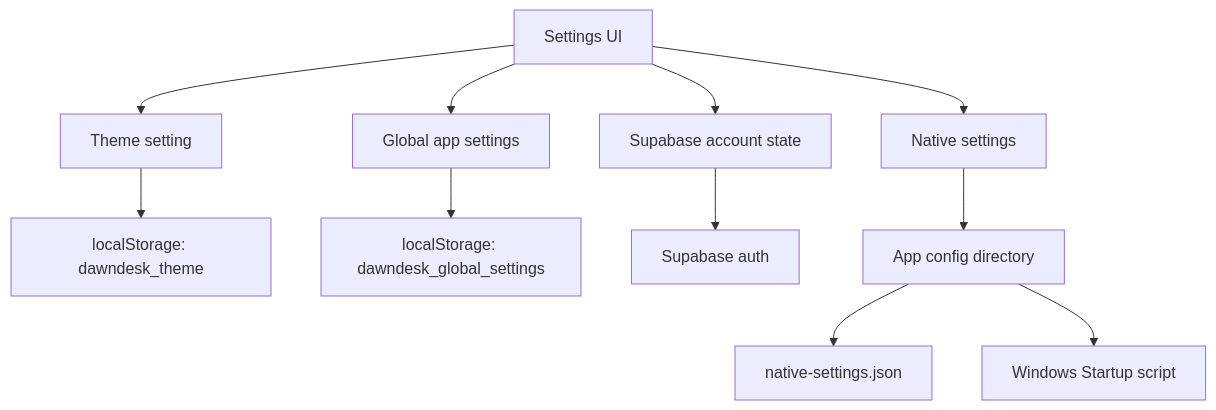
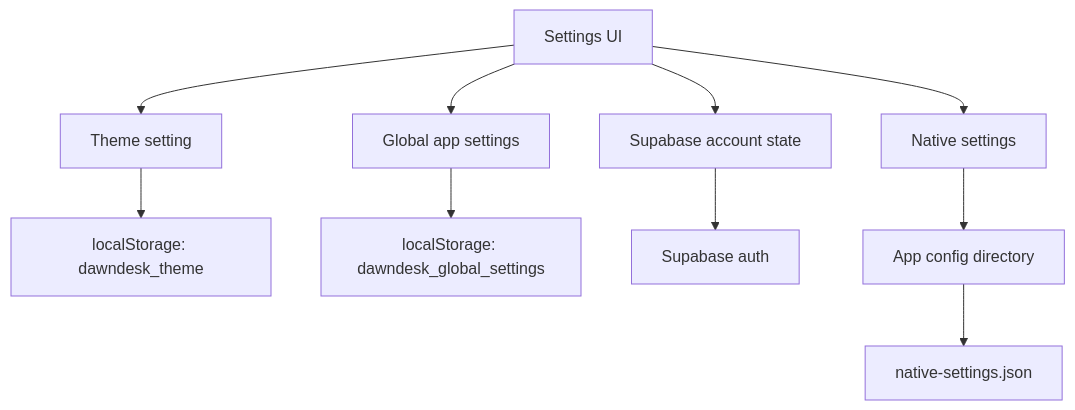
One commit to AdeelTahir-SE/DawnDesk changed diagram 29 of 31 in docs/ARCHITECTURE_DIAGRAMS.md. Above: the diagram before and after it, drawn with Mermaid. The commit also changed other lines of this file and 28 other files, not shown here.

````diff
--- a/docs/ARCHITECTURE_DIAGRAMS.md
+++ b/docs/ARCHITECTURE_DIAGRAMS.md
@@ -588,14 +586,13 @@
 ```mermaid
 flowchart TB
   settingsUi["Settings UI"] --> theme["Theme setting"]
   settingsUi --> globalSettings["Global app settings"]
   settingsUi --> account["Supabase account state"]
   settingsUi --> nativeSettings["Native settings"]
 
   theme --> themeStorage["localStorage: dawndesk_theme"]
   globalSettings --> globalStorage["localStorage: dawndesk_global_settings"]
   account --> supabaseAuth["Supabase auth"]
   nativeSettings --> appConfig["App config directory"]
   appConfig --> nativeJson["native-settings.json"]
-  appConfig --> startup["Windows Startup script"]
 ```
````
